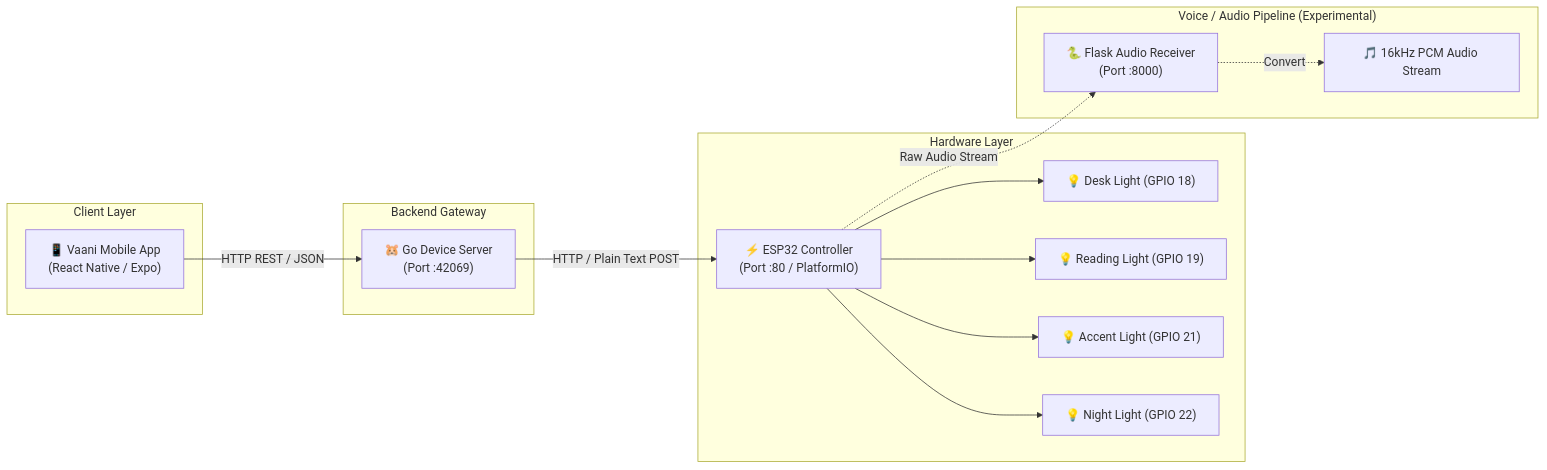
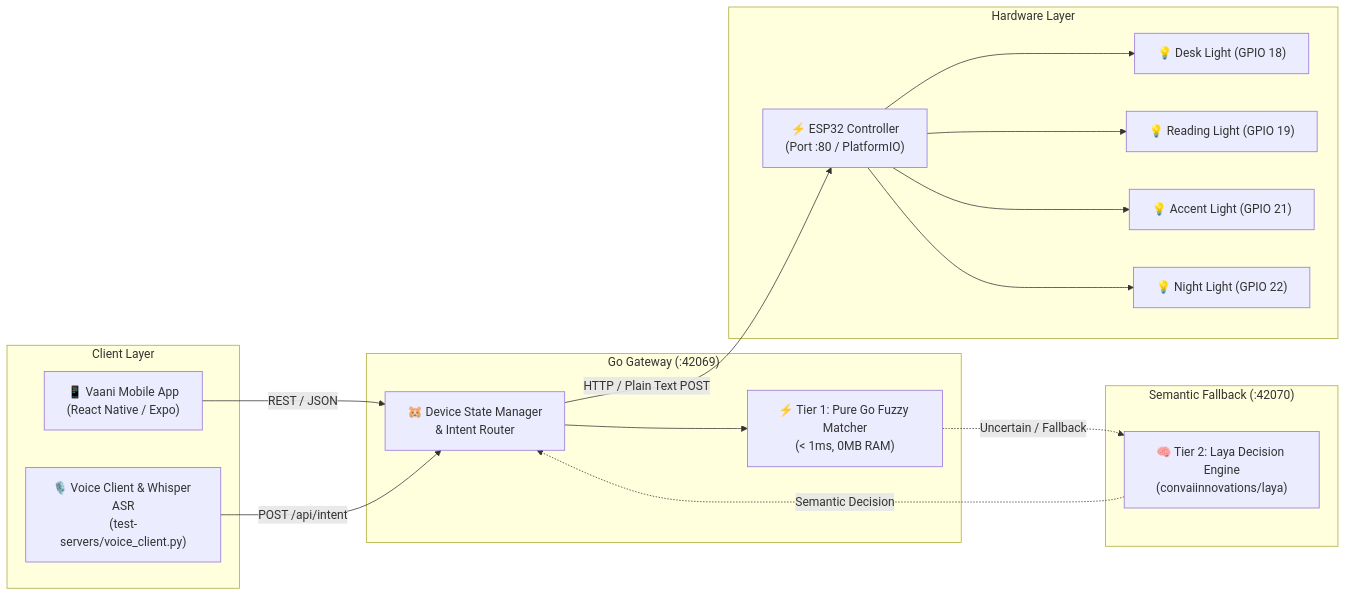
The diagram in README.md (ThakurMayank5/Vaani), drawn with Mermaid before and after one commit. The commit also changed other lines of this file and 8 other files, not shown here.

Commit message:
Implemented hybrid 2-tier intent parsing. Fuzzy-logic with Laya fallback

````diff
--- a/README.md
+++ b/README.md
@@ -14,33 +14,35 @@
 ```mermaid
 flowchart LR
     subgraph Client ["Client Layer"]
         App["📱 Vaani Mobile App\n(React Native / Expo)"]
+        VoiceClient["🎙️ Voice Client & Whisper ASR\n(test-servers/voice_client.py)"]
     end
 
-    subgraph Backend ["Backend Gateway"]
-        Server["🐹 Go Device Server\n(Port :42069)"]
+    subgraph Backend ["Go Gateway (:42069)"]
+        Server["🐹 Device State Manager\n& Intent Router"]
+        Tier1["⚡ Tier 1: Pure Go Fuzzy Matcher\n(< 1ms, 0MB RAM)"]
+        Server --> Tier1
+    end
+
+    subgraph SemanticAI ["Semantic Fallback (:42070)"]
+        Tier2["🧠 Tier 2: Laya Decision Engine\n(convaiinnovations/laya)"]
     end
 
     subgraph Hardware ["Hardware Layer"]
         ESP["⚡ ESP32 Controller\n(Port :80 / PlatformIO)"]
         LED1["💡 Desk Light (GPIO 18)"]
         LED2["💡 Reading Light (GPIO 19)"]
         LED3["💡 Accent Light (GPIO 21)"]
         LED4["💡 Night Light (GPIO 22)"]
     end
 
-    subgraph AudioPipeline ["Voice / Audio Pipeline (Experimental)"]
-        PyServer["🐍 Flask Audio Receiver\n(Port :8000)"]
-        RawAudio["🎵 16kHz PCM Audio Stream"]
-    end
-
-    App -- "HTTP REST / JSON" --> Server
+    App -- "REST / JSON" --> Server
+    VoiceClient -- "POST /api/intent" --> Server
+    Tier1 -. "Uncertain / Fallback" .-> Tier2
+    Tier2 -. "Semantic Decision" .-> Server
     Server -- "HTTP / Plain Text POST" --> ESP
     ESP --> LED1
     ESP --> LED2
     ESP --> LED3
     ESP --> LED4
-
-    ESP -. "Raw Audio Stream" .-> PyServer
-    PyServer -. "Convert" .-> RawAudio
 ```
````
